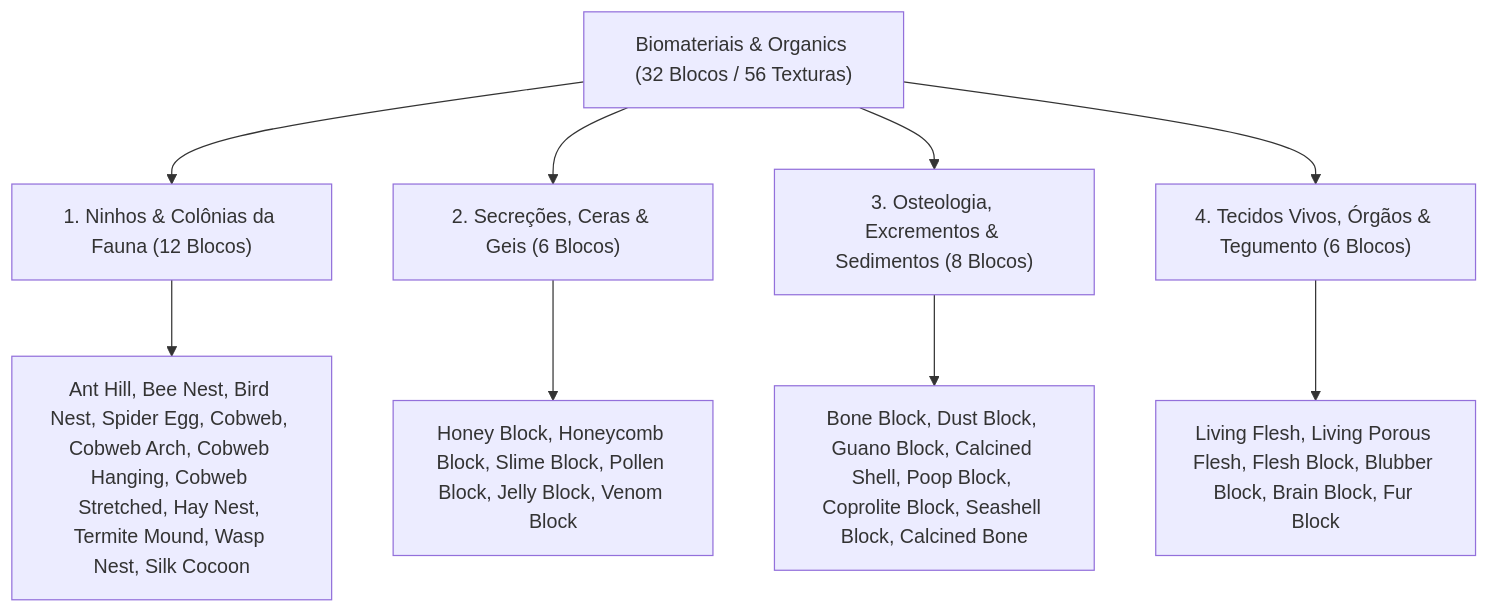
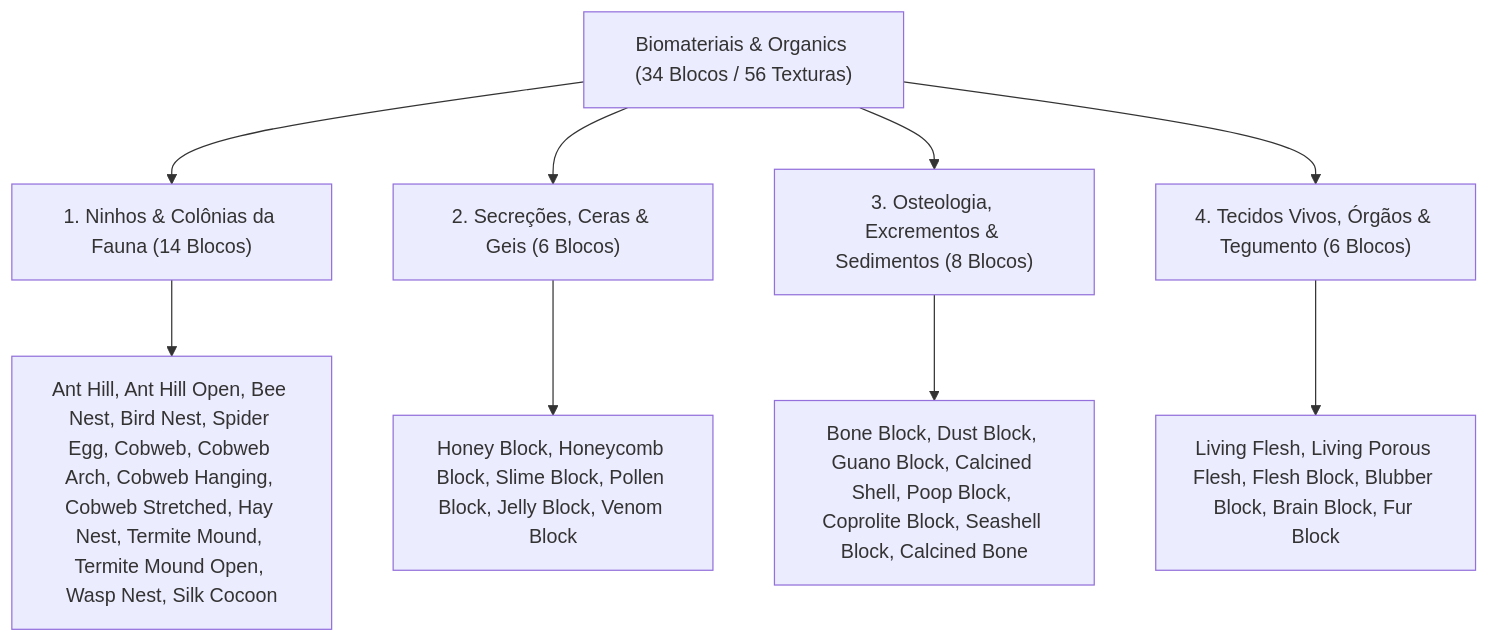
The diagram in docs/worldbuilding/organics_design.md (gabrtzweb/VoxelGameEngine), drawn with Mermaid before and after one commit. The commit also changed other lines of this file and 24 other files, not shown here.

````diff
--- a/docs/worldbuilding/organics_design.md
+++ b/docs/worldbuilding/organics_design.md
@@ -12,12 +12,12 @@
 ```mermaid
 graph TD
-    O["Biomateriais & Organics (32 Blocos / 56 Texturas)"] --> C1["1. Ninhos & Colônias da Fauna (12 Blocos)"]
+    O["Biomateriais & Organics (34 Blocos / 56 Texturas)"] --> C1["1. Ninhos & Colônias da Fauna (14 Blocos)"]
     O --> C2["2. Secreções, Ceras & Geis (6 Blocos)"]
     O --> C3["3. Osteologia, Excrementos & Sedimentos (8 Blocos)"]
     O --> C4["4. Tecidos Vivos, Órgãos & Tegumento (6 Blocos)"]
 
-    C1 --> C1a["Ant Hill, Bee Nest, Bird Nest, Spider Egg, Cobweb, Cobweb Arch, Cobweb Hanging, Cobweb Stretched, Hay Nest, Termite Mound, Wasp Nest, Silk Cocoon"]
+    C1 --> C1a["Ant Hill, Ant Hill Open, Bee Nest, Bird Nest, Spider Egg, Cobweb, Cobweb Arch, Cobweb Hanging, Cobweb Stretched, Hay Nest, Termite Mound, Termite Mound Open, Wasp Nest, Silk Cocoon"]
     C2 --> C2a["Honey Block, Honeycomb Block, Slime Block, Pollen Block, Jelly Block, Venom Block"]
     C3 --> C3a["Bone Block, Dust Block, Guano Block, Calcined Shell, Poop Block, Coprolite Block, Seashell Block, Calcined Bone"]
     C4 --> C4a["Living Flesh, Living Porous Flesh, Flesh Block, Blubber Block, Brain Block, Fur Block"]
 ```
````
